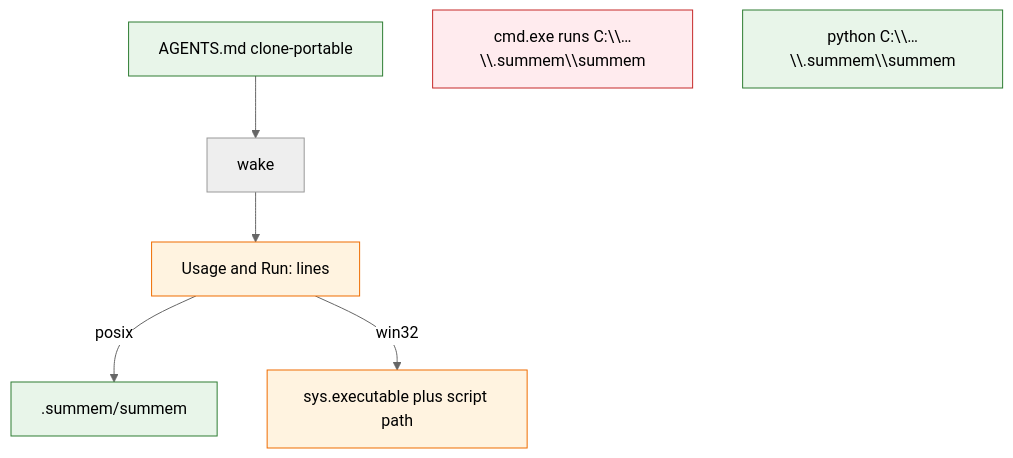
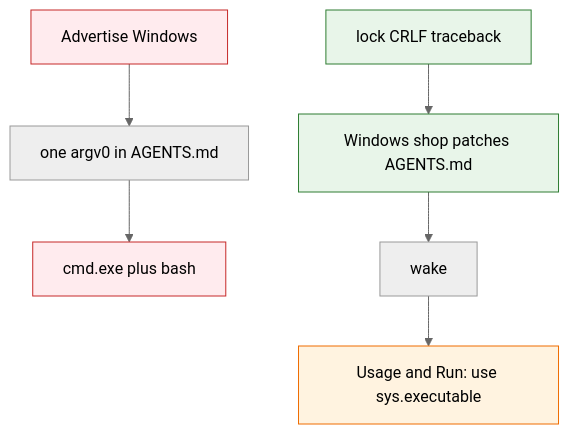
The diagram in memory-bank/active/windows-compat-findings.md (Texarkanine/SumMem), drawn with Mermaid (neutral theme) before and after one commit. The commit also changed other lines of this file and 10 other files, not shown here.

````diff
--- a/memory-bank/active/windows-compat-findings.md
+++ b/memory-bank/active/windows-compat-findings.md
@@ -9,13 +11,12 @@
 ```mermaid
 flowchart TD
     classDef ok fill:#e8f5e9,stroke:#2e7d32;
     classDef bad fill:#ffebee,stroke:#c62828;
     classDef print fill:#fff3e0,stroke:#ef6c00;
 
-    AgentsMd["AGENTS.md clone-portable"]:::ok --> Wake["wake"]
-    Wake --> Usage["Usage and Run: lines"]:::print
-    Usage -->|"posix"| Shebang[".summem/summem"]:::ok
-    Usage -->|"win32"| Py["sys.executable plus script path"]:::print
-    Direct["cmd.exe runs C:\\…\\.summem\\summem"]:::bad
-    PyArg["python C:\\…\\.summem\\summem"]:::ok
+    Advertise["Advertise Windows"]:::bad --> OneString["one argv0 in AGENTS.md"]
+    OneString --> Cmd["cmd.exe plus bash"]:::bad
+    Internals["lock CRLF traceback"]:::ok --> Shop["Windows shop patches AGENTS.md"]:::ok
+    Shop --> Wake["wake"]
+    Wake --> Host["Usage and Run: use sys.executable"]:::print
 ```
````
